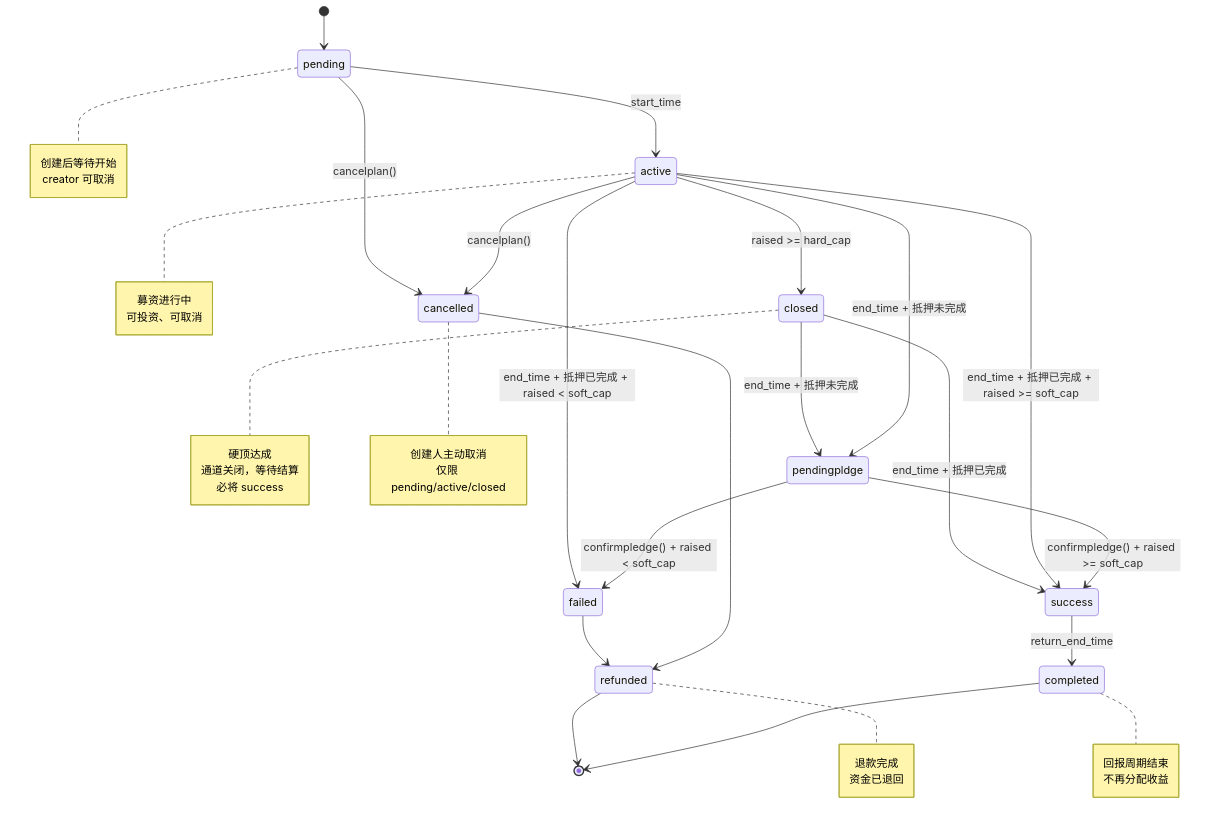
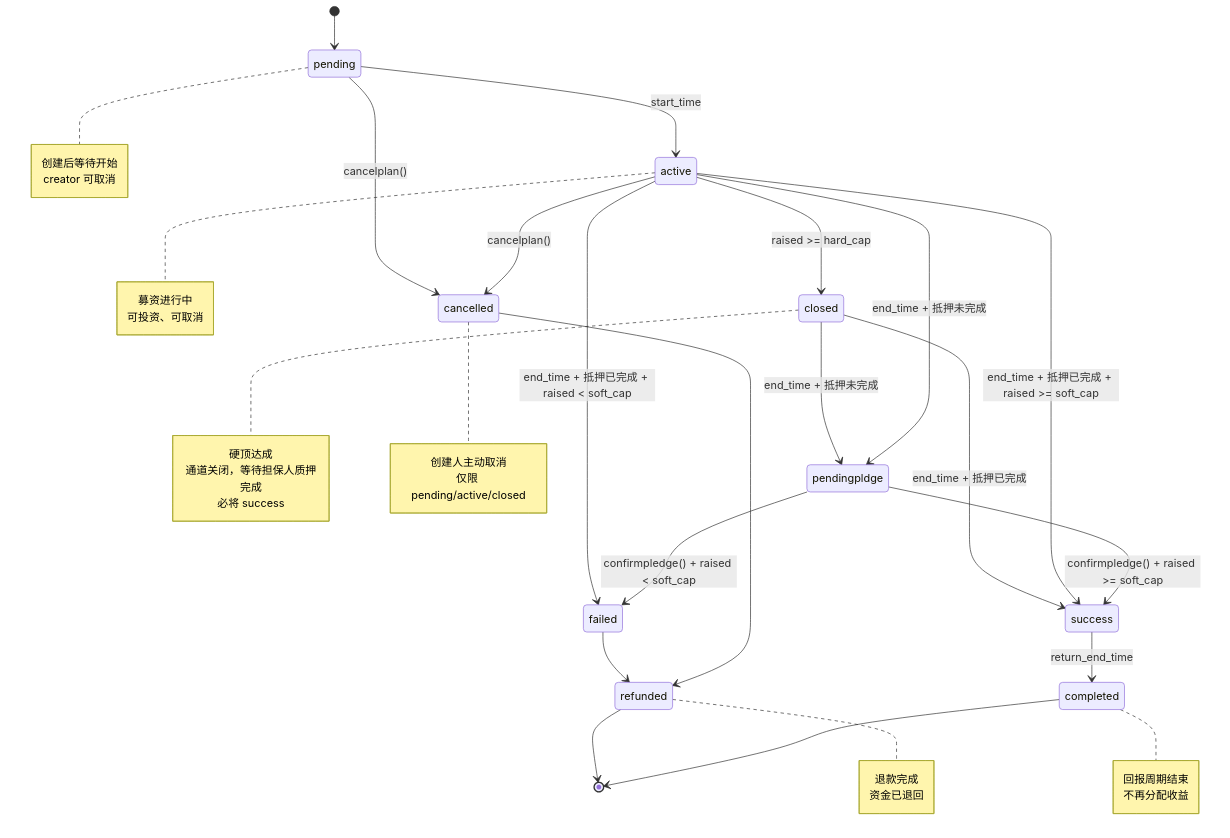
One commit to fullon-labs/self_research changed the third of 3 diagrams in rwa-tokenomics.md. Above: the diagram before and after it, drawn with Mermaid.

````diff
--- a/rwa-tokenomics.md
+++ b/rwa-tokenomics.md
@@ -88,60 +88,60 @@
 ```mermaid
 stateDiagram-v2
     [*] --> pending
 
     pending --> active : start_time
     pending --> cancelled : cancelplan()
 
     active --> closed : raised >= hard_cap
     active --> cancelled : cancelplan()
 
     %% 募资结束 → 等待抵押
     closed --> pendingpldge : end_time + 抵押未完成
     closed --> success : end_time + 抵押已完成
 
     active --> pendingpldge : end_time + 抵押未完成
     active --> success : end_time + 抵押已完成 + raised >= soft_cap
     active --> failed : end_time + 抵押已完成 + raised < soft_cap
 
     %% 担保人抵押 → 最终结算
     pendingpldge --> success : confirmpledge() + raised >= soft_cap
     pendingpldge --> failed  : confirmpledge() + raised < soft_cap
 
     success --> completed : return_end_time
     failed --> refunded
     cancelled --> refunded
     refunded --> [*]
     completed --> [*]
 
  %% 注释
     note right of pending
         创建后等待开始
         creator 可取消
     end note
 
     note right of active
         募资进行中
         可投资、可取消
     end note
 
     note right of closed
         硬顶达成
-        通道关闭，等待结算
+        通道关闭，等待担保人质押完成
         必将 success
     end note
 
     note right of cancelled
         创建人主动取消
         仅限 pending/active/closed
     end note
 
     note right of refunded
         退款完成
         资金已退回
     end note
 
     note right of completed
         回报周期结束
         不再分配收益
     end note
 ```
````
